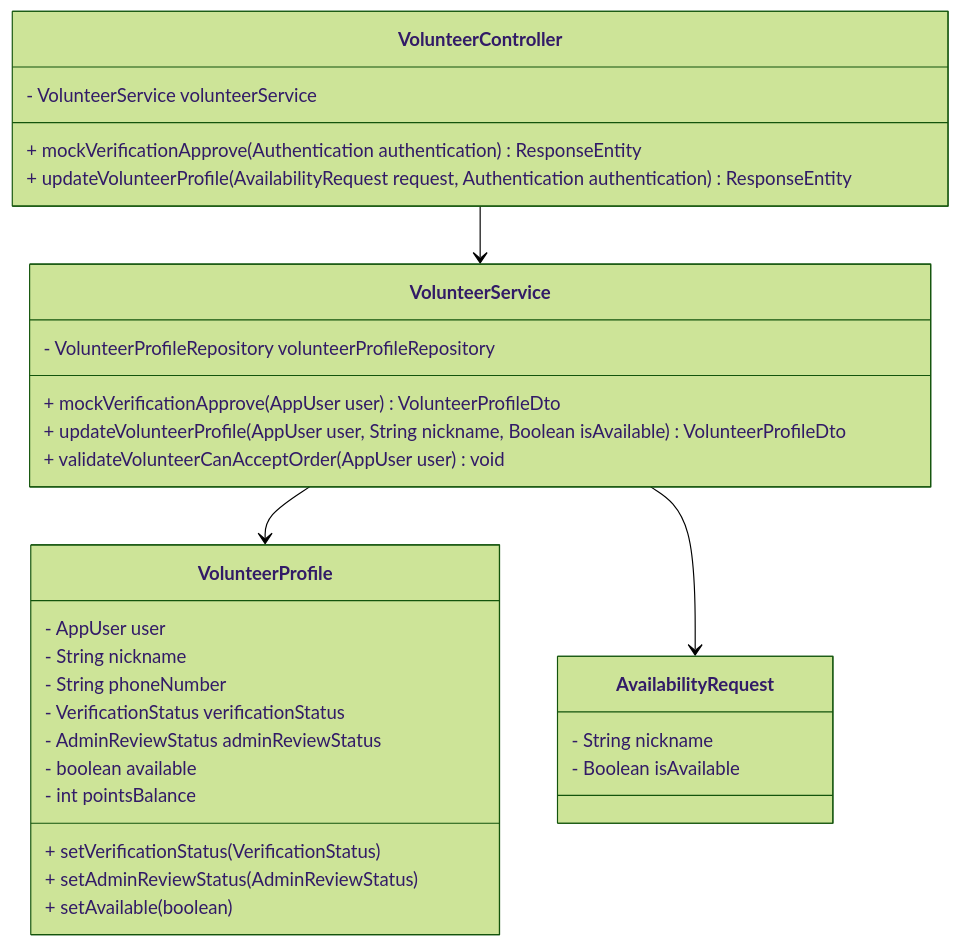
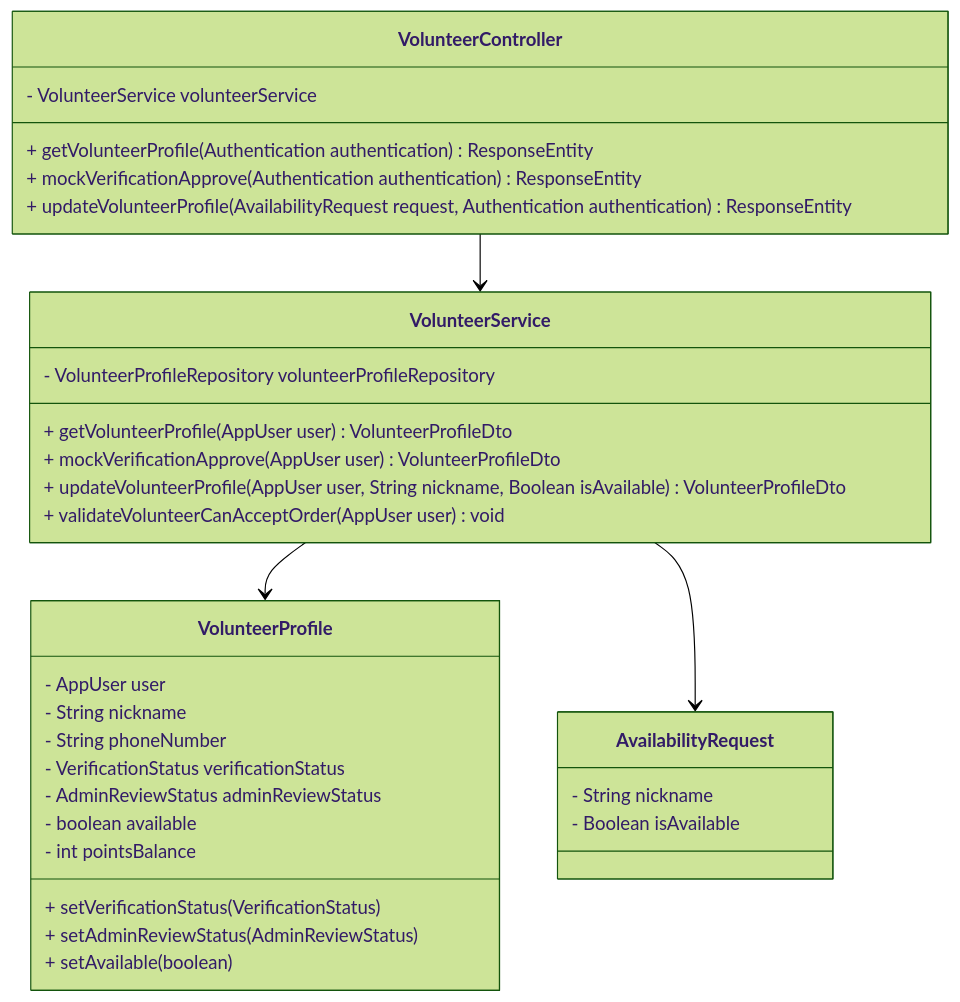
Before and after one commit to Jayden23018/blind-run-ios: the tenth of 21 diagrams in .qoder/repowiki/zh/content/核心功能模块/志愿者功能/志愿者认证管理.md, drawn with Mermaid (forest theme). The commit also changed other lines of this file and 9 other files, not shown here.

````diff
--- a/.qoder/repowiki/zh/content/核心功能模块/志愿者功能/志愿者认证管理.md
+++ b/.qoder/repowiki/zh/content/核心功能模块/志愿者功能/志愿者认证管理.md
@@ -332,33 +432,35 @@
 ```mermaid
 classDiagram
 class VolunteerService {
 - VolunteerProfileRepository volunteerProfileRepository
++ getVolunteerProfile(AppUser user) VolunteerProfileDto
 + mockVerificationApprove(AppUser user) VolunteerProfileDto
 + updateVolunteerProfile(AppUser user, String nickname, Boolean isAvailable) VolunteerProfileDto
 + validateVolunteerCanAcceptOrder(AppUser user) void
 }
 class VolunteerController {
 - VolunteerService volunteerService
++ getVolunteerProfile(Authentication authentication) ResponseEntity
 + mockVerificationApprove(Authentication authentication) ResponseEntity
 + updateVolunteerProfile(AvailabilityRequest request, Authentication authentication) ResponseEntity
 }
 class VolunteerProfile {
 - AppUser user
 - String nickname
 - String phoneNumber
 - VerificationStatus verificationStatus
 - AdminReviewStatus adminReviewStatus
 - boolean available
 - int pointsBalance
 + setVerificationStatus(VerificationStatus)
 + setAdminReviewStatus(AdminReviewStatus)
 + setAvailable(boolean)
 }
 class AvailabilityRequest {
 - String nickname
 - Boolean isAvailable
 }
 VolunteerController --> VolunteerService
 VolunteerService --> VolunteerProfile
 VolunteerService --> AvailabilityRequest
 ```
````
